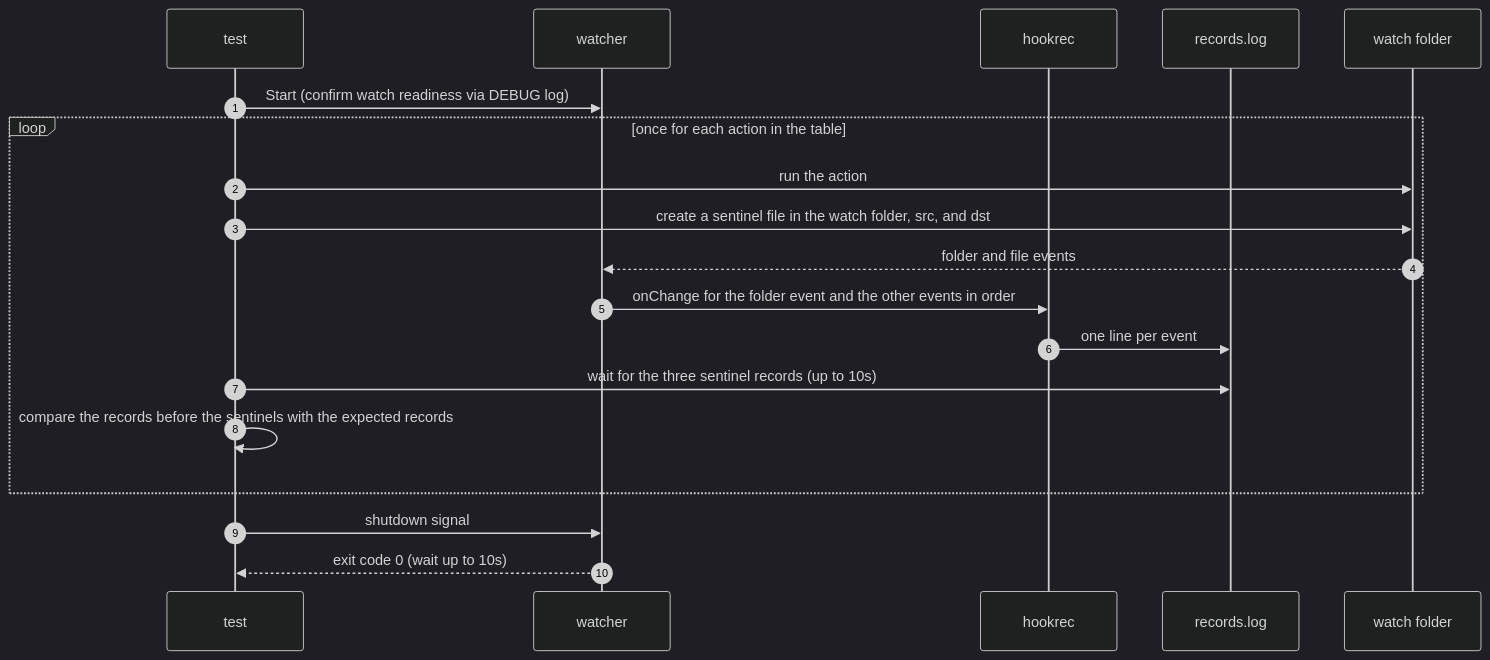
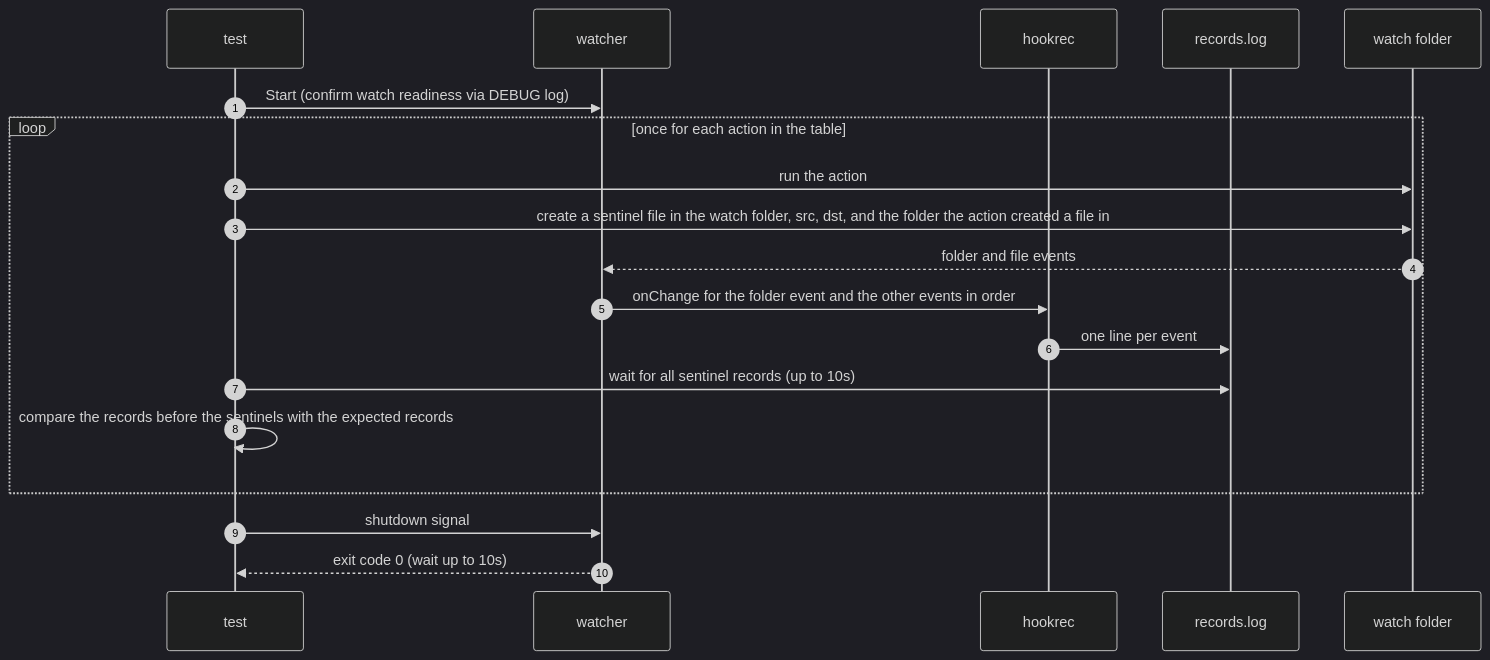
Before and after one commit to seungyeop-lee/directory-watcher: the diagram in e2e/docs/scenarios/folder-events.md, drawn with Mermaid (dark theme). The commit also changed other lines of this file and 4 other files, not shown here.

Commit message:
test: 감시 중에 생기거나 옮겨 온 폴더 안의 파일 생성을 TestFolderEvents에서 확인

````diff
--- a/e2e/docs/scenarios/folder-events.md
+++ b/e2e/docs/scenarios/folder-events.md
@@ -39,21 +48,21 @@
 ```mermaid
 sequenceDiagram
     autonumber
     participant testCode as test
     participant watcherProc as watcher
     participant hookRec as hookrec
     participant recordFile as records.log
     participant watchDir as watch folder
     testCode->>watcherProc: Start (confirm watch readiness via DEBUG log)
     loop once for each action in the table
         testCode->>watchDir: run the action
-        testCode->>watchDir: create a sentinel file in the watch folder, src, and dst
+        testCode->>watchDir: create a sentinel file in the watch folder, src, dst, and the folder the action created a file in
         watchDir-->>watcherProc: folder and file events
         watcherProc->>hookRec: onChange for the folder event and the other events in order
         hookRec->>recordFile: one line per event
-        testCode->>recordFile: wait for the three sentinel records (up to 10s)
+        testCode->>recordFile: wait for all sentinel records (up to 10s)
         testCode->>testCode: compare the records before the sentinels with the expected records
     end
     testCode->>watcherProc: shutdown signal
     watcherProc-->>testCode: exit code 0 (wait up to 10s)
 ```
````
